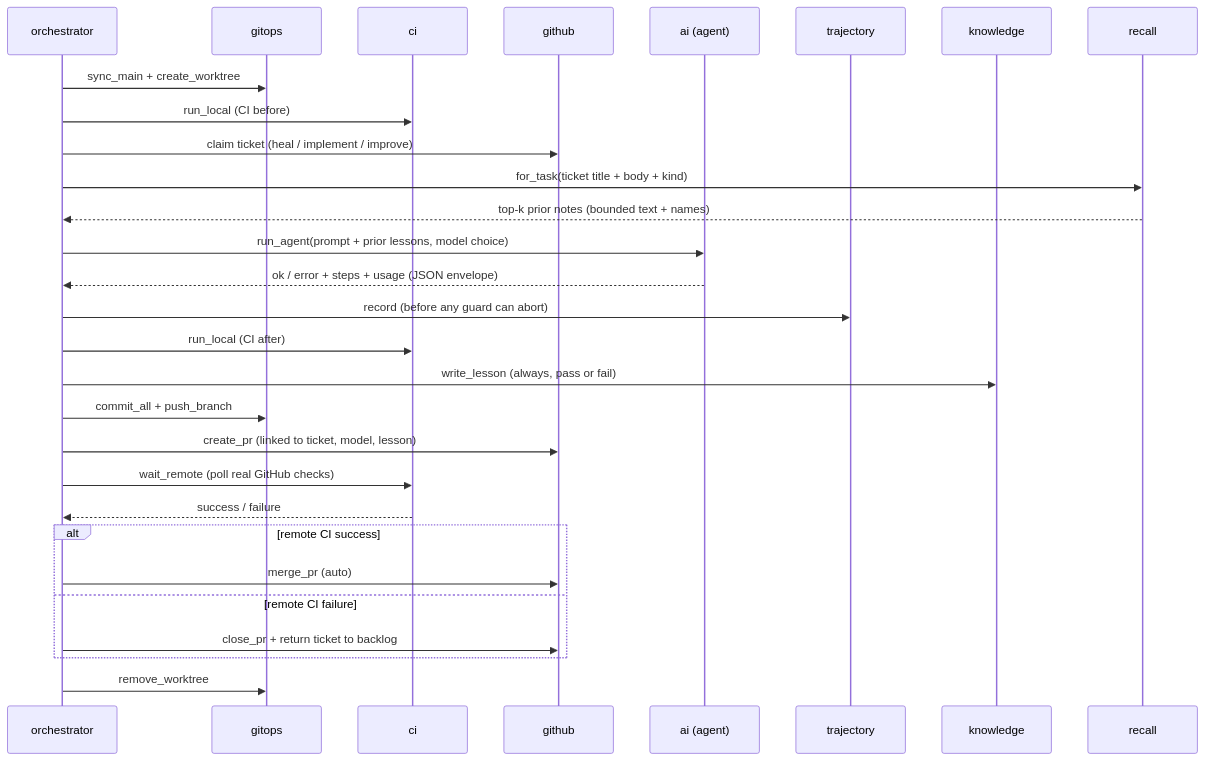
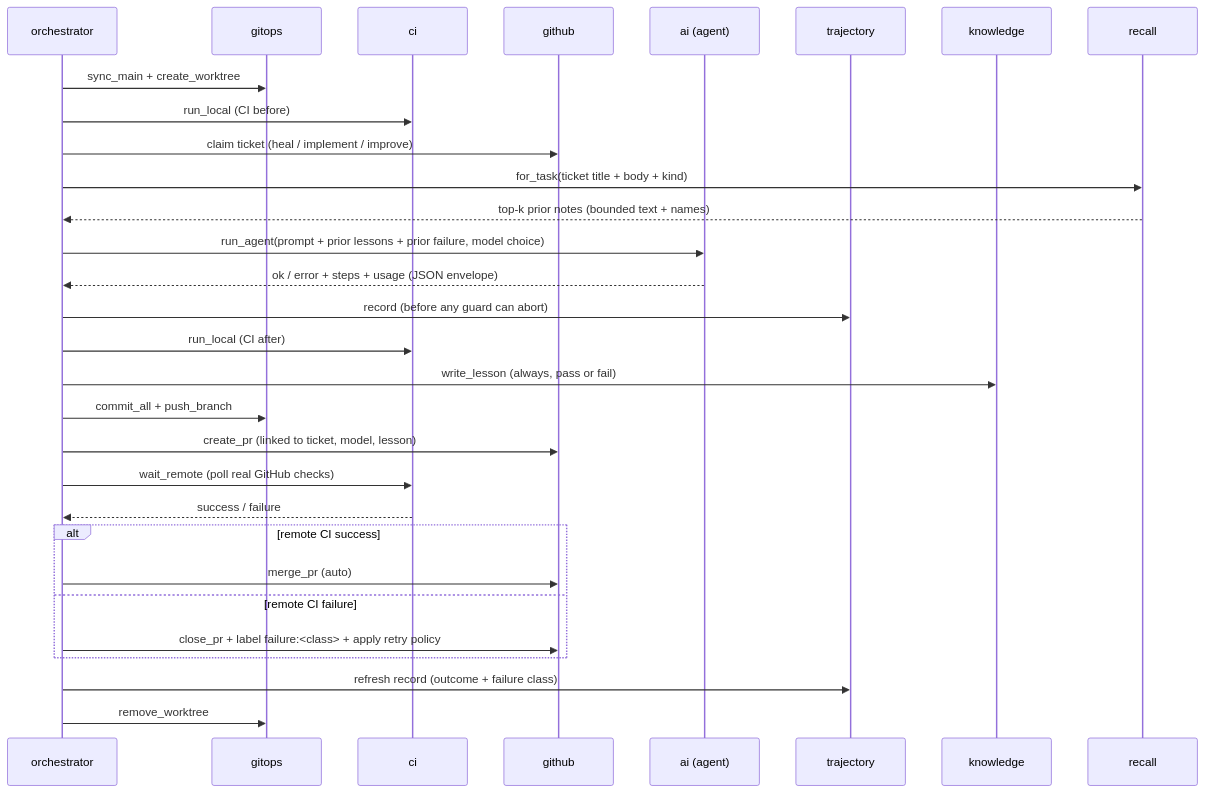
The diagram in docs/ARCHITECTURE.md (hyperscaleailabs/ai-hyperswarm-proto-core), drawn with Mermaid before and after one commit. The commit also changed other lines of this file and 14 other files, not shown here.

First line of the commit message:
implement: feat: failure taxonomy, trajectory records, and an adaptive retry policy

````diff
--- a/docs/ARCHITECTURE.md
+++ b/docs/ARCHITECTURE.md
@@ -27,32 +28,33 @@
 ```mermaid
 sequenceDiagram
     participant O as orchestrator
     participant G as gitops
     participant C as ci
     participant H as github
     participant A as ai (agent)
     participant T as trajectory
     participant K as knowledge
     participant R as recall
 
     O->>G: sync_main + create_worktree
     O->>C: run_local (CI before)
     O->>H: claim ticket (heal / implement / improve)
     O->>R: for_task(ticket title + body + kind)
     R-->>O: top-k prior notes (bounded text + names)
-    O->>A: run_agent(prompt + prior lessons, model choice)
+    O->>A: run_agent(prompt + prior lessons + prior failure, model choice)
     A-->>O: ok / error + steps + usage (JSON envelope)
     O->>T: record (before any guard can abort)
     O->>C: run_local (CI after)
     O->>K: write_lesson (always, pass or fail)
     O->>G: commit_all + push_branch
     O->>H: create_pr (linked to ticket, model, lesson)
     O->>C: wait_remote (poll real GitHub checks)
     C-->>O: success / failure
     alt remote CI success
         O->>H: merge_pr (auto)
     else remote CI failure
-        O->>H: close_pr + return ticket to backlog
+        O->>H: close_pr + label failure:<class> + apply retry policy
     end
+    O->>T: refresh record (outcome + failure class)
     O->>G: remove_worktree
 ```
````
